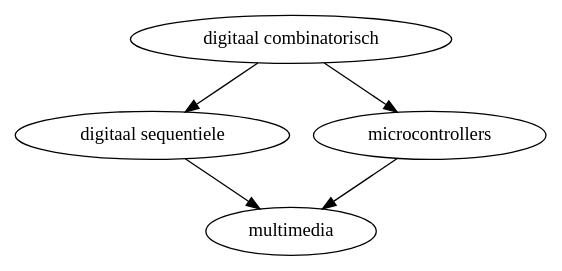
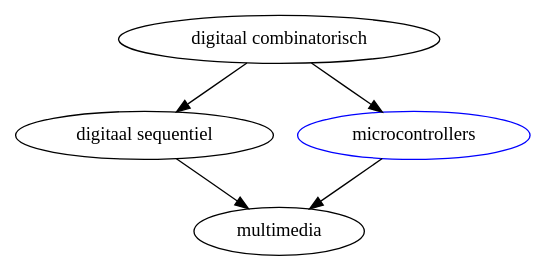
The diagram in graphviz/orientation_digital_courses.dot (bartvoet/groupt_microcontrollers), drawn with Graphviz before and after one commit. The commit also changed 16 other files, not shown here.

```diff
--- a/graphviz/orientation_digital_courses.dot
+++ b/graphviz/orientation_digital_courses.dot
@@ -1,11 +1,13 @@
 digraph vakken {
-	digitaal_sequentieel[label="digitaal sequentiele"]
+	digitaal_sequentieel[label="digitaal sequentiel"]
   digitaal_combinatorisch[label="digitaal combinatorisch"]
-  multimedia[label="multimedia"]
+  microcontrollers[label="microcontrollers" color="blue"]
+	multimedia[label="multimedia"]
+
 
   digitaal_combinatorisch -> digitaal_sequentieel
 	digitaal_combinatorisch -> microcontrollers
   digitaal_sequentieel -> multimedia
   microcontrollers -> multimedia
 
 }
```
